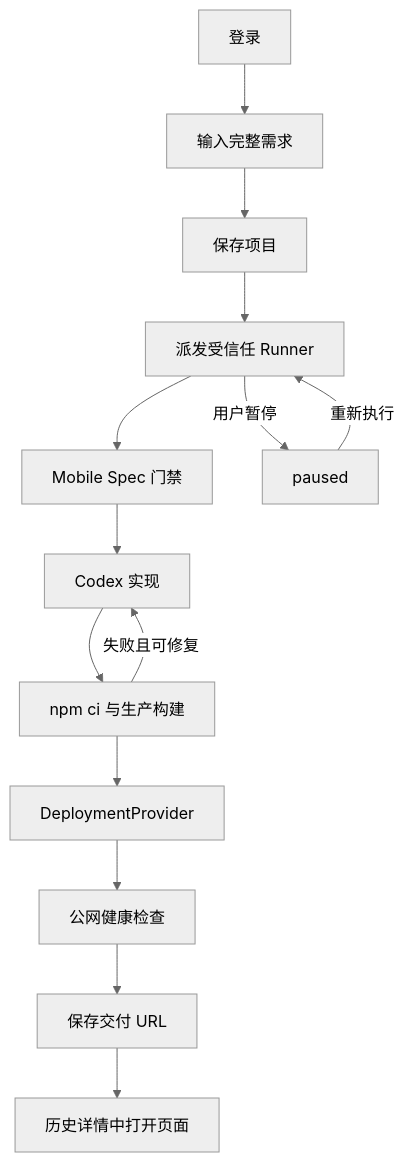
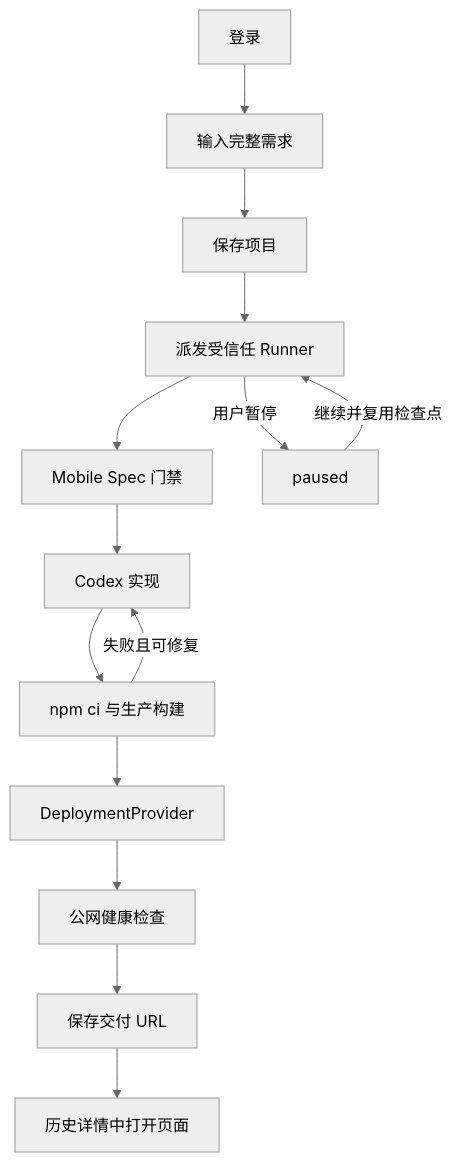
One commit to JonasQiu/mobile-app-build changed the diagram in docs/MVP产品说明.md. Above: the diagram before and after it, drawn with Mermaid (neutral theme). The commit also changed other lines of this file and 24 other files, not shown here.

````diff
--- a/docs/MVP产品说明.md
+++ b/docs/MVP产品说明.md
@@ -11,16 +11,16 @@
 ```mermaid
 flowchart TD
   A[登录] --> B[输入完整需求]
   B --> C[保存项目]
   C --> D[派发受信任 Runner]
   D --> E[Mobile Spec 门禁]
   D -->|用户暂停| L[paused]
-  L -->|重新执行| D
+  L -->|继续并复用检查点| D
   E --> F[Codex 实现]
   F --> G[npm ci 与生产构建]
   G -->|失败且可修复| F
   G --> H[DeploymentProvider]
   H --> I[公网健康检查]
   I --> J[保存交付 URL]
   J --> K[历史详情中打开页面]
 ```
````
